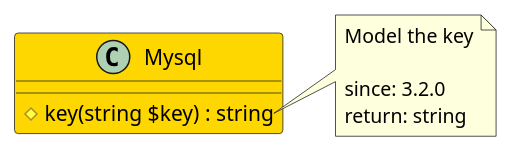
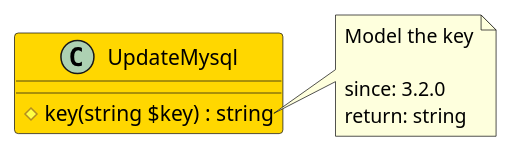
One commit to joomengine/jcb-compiler changed the diagram in src/2b5c9989-1d4e-4f59-8b95-5cd2f72f82d9/README.md. Above: the diagram before and after it, drawn with PlantUML. The commit also changed other lines of this file and 725 other files, not shown here.

````diff
--- a/src/2b5c9989-1d4e-4f59-8b95-5cd2f72f82d9/README.md
+++ b/src/2b5c9989-1d4e-4f59-8b95-5cd2f72f82d9/README.md
@@ -11,15 +12,15 @@
 ```uml
 @startuml
-class Mysql  #Gold {
+class UpdateMysql  #Gold {
   # key(string $key) : string
 }
 
-note right of Mysql::key
+note right of UpdateMysql::key
   Model the key
 
   since: 3.2.0
   return: string
 end note
  
 @enduml
 ```
````
